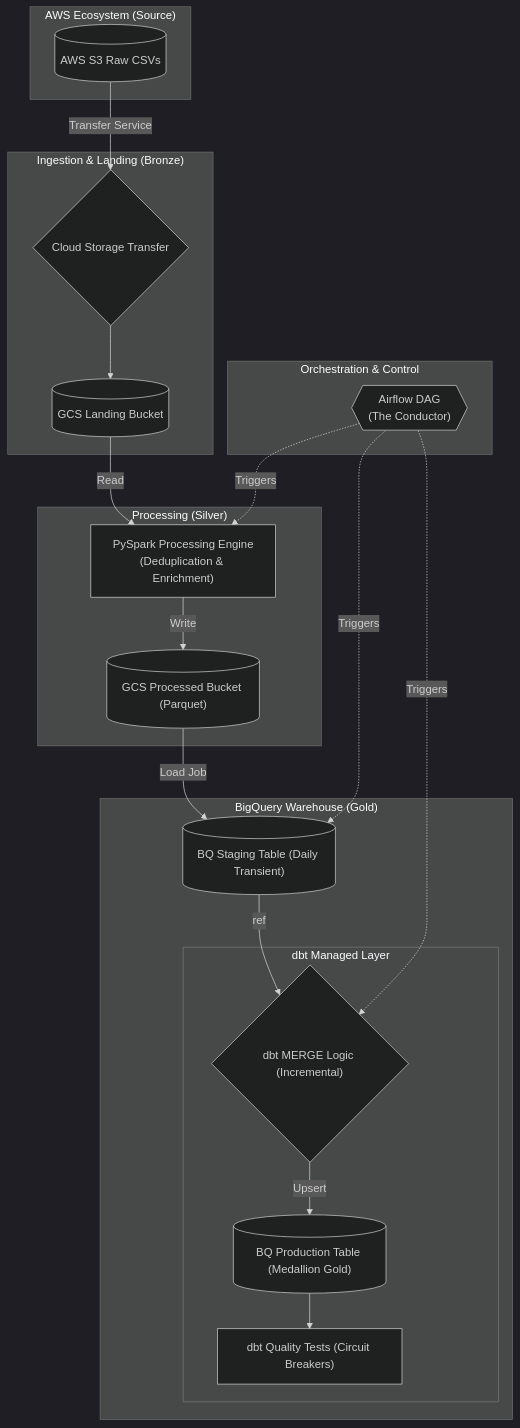
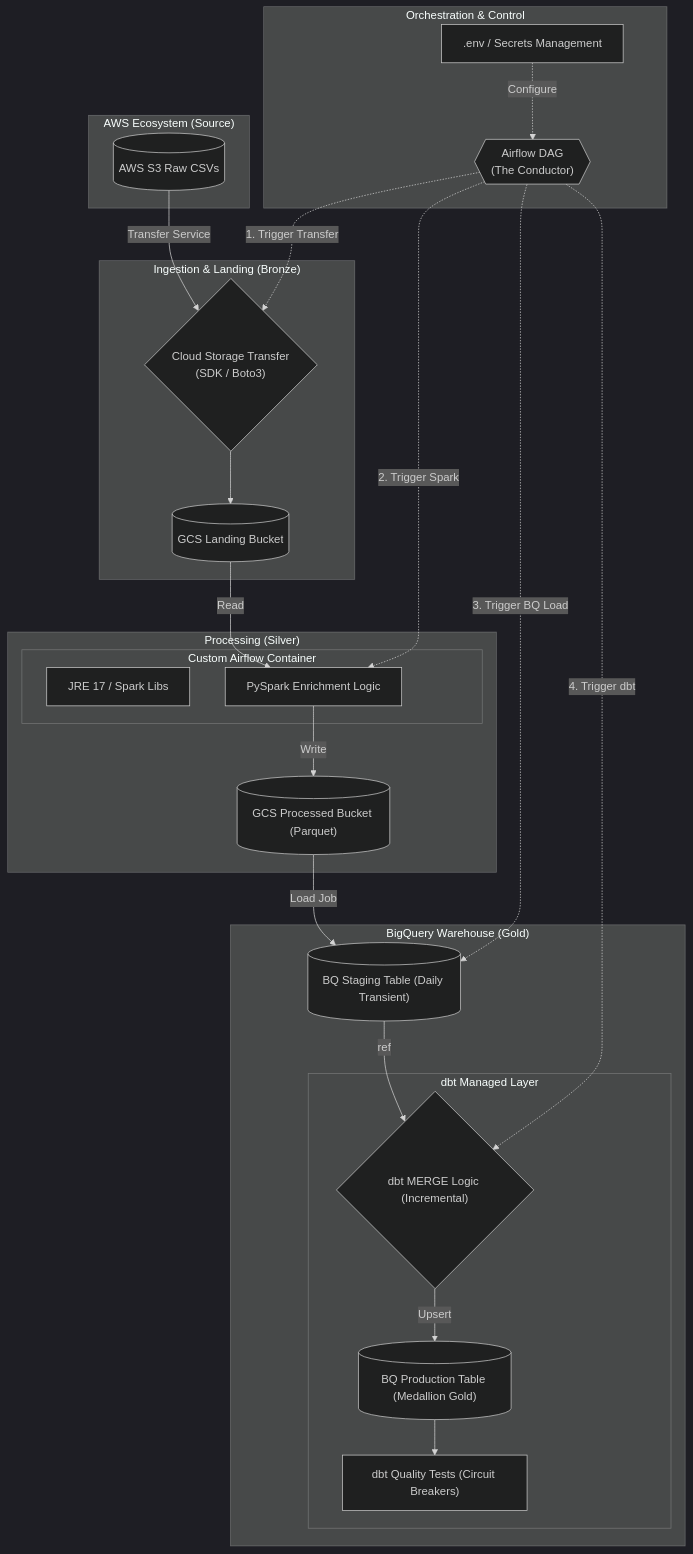
Before and after one commit to shareitalike/aws-to-gcp-data-migration: the diagram in docs/architecture.md, drawn with Mermaid (dark theme). The commit also changed other lines of this file and 6 other files, not shown here.

````diff
--- a/docs/architecture.md
+++ b/docs/architecture.md
@@ -7,50 +7,56 @@
 ```mermaid
 graph TD
     %% Source Layer
     subgraph "AWS Ecosystem (Source)"
         S3[("AWS S3 Raw CSVs")]
     end
 
     %% Ingestion Layer
     subgraph "Ingestion & Landing (Bronze)"
         GCS_LANDING[("GCS Landing Bucket")]
-        TRANSFER{"Cloud Storage Transfer"}
+        TRANSFER{"Cloud Storage Transfer<br/>(SDK / Boto3)"}
     end
 
     %% Processing Layer
     subgraph "Processing (Silver)"
-        SPARK["PySpark Processing Engine<br/>(Deduplication & Enrichment)"]
+        subgraph "Custom Airflow Container"
+            JAVA["JRE 17 / Spark Libs"]
+            SPARK["PySpark Enrichment Logic"]
+        end
         GCS_PROCESSED[("GCS Processed Bucket (Parquet)")]
     end
 
     %% Warehouse Layer
     subgraph "BigQuery Warehouse (Gold)"
         BQ_STAGING[("BQ Staging Table (Daily Transient)")]
         subgraph "dbt Managed Layer"
             DBT_MERGE{"dbt MERGE Logic (Incremental)"}
             BQ_PROD[("BQ Production Table (Medallion Gold)")]
             DBT_TEST["dbt Quality Tests (Circuit Breakers)"]
         end
     end
 
     %% Control Plane
     subgraph "Orchestration & Control"
         AIRFLOW{{"Airflow DAG<br/>(The Conductor)"}}
+        ENV[".env / Secrets Management"]
     end
 
     %% Relationships
     S3 -->|Transfer Service| TRANSFER
     TRANSFER --> GCS_LANDING
     GCS_LANDING -->|Read| SPARK
     SPARK -->|Write| GCS_PROCESSED
     
     GCS_PROCESSED -->|Load Job| BQ_STAGING
     BQ_STAGING -->|ref| DBT_MERGE
     DBT_MERGE -->|Upsert| BQ_PROD
     BQ_PROD --> DBT_TEST
     
     %% Orchestration Paths
-    AIRFLOW -.->|Triggers| SPARK
-    AIRFLOW -.->|Triggers| BQ_STAGING
-    AIRFLOW -.->|Triggers| DBT_MERGE
+    AIRFLOW -.->|1. Trigger Transfer| TRANSFER
+    AIRFLOW -.->|2. Trigger Spark| SPARK
+    AIRFLOW -.->|3. Trigger BQ Load| BQ_STAGING
+    AIRFLOW -.->|4. Trigger dbt| DBT_MERGE
+    ENV -.->|Configure| AIRFLOW
 ```
````
